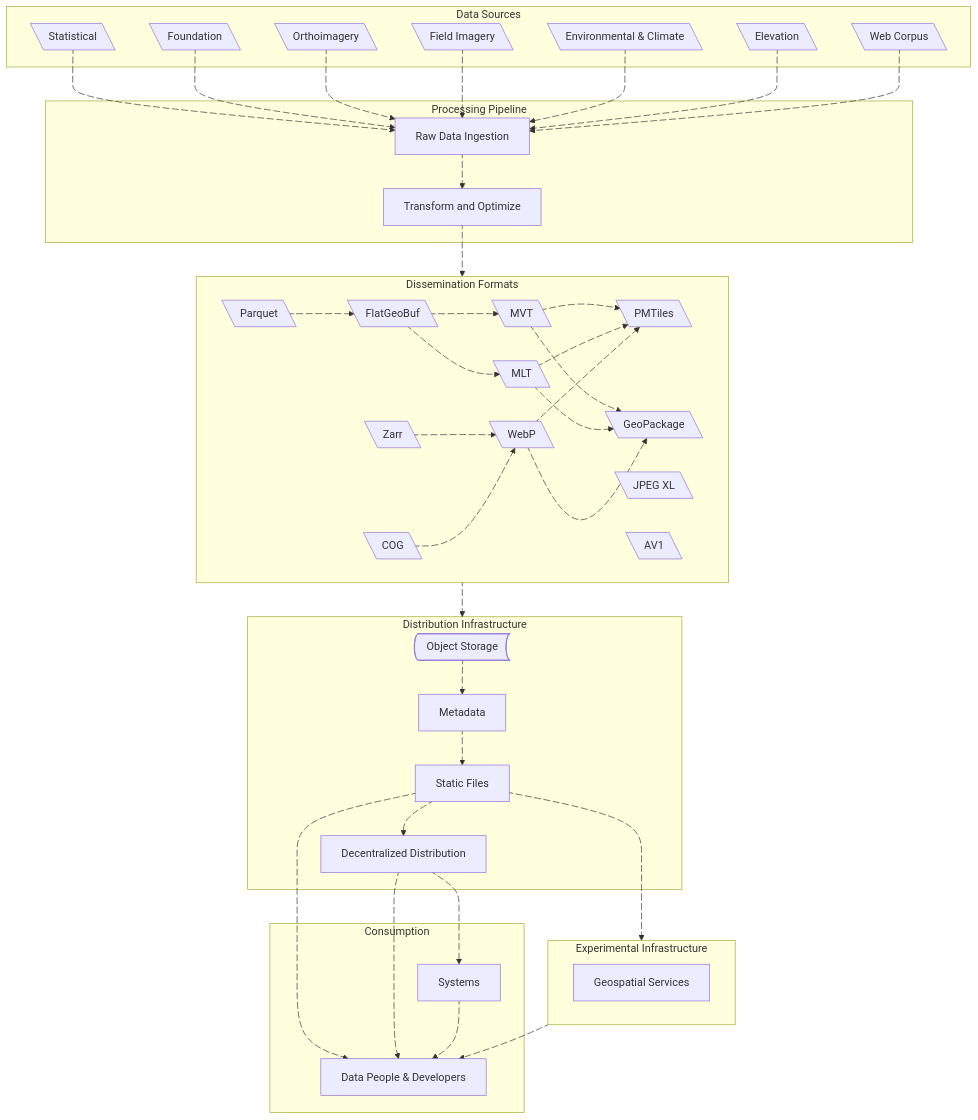
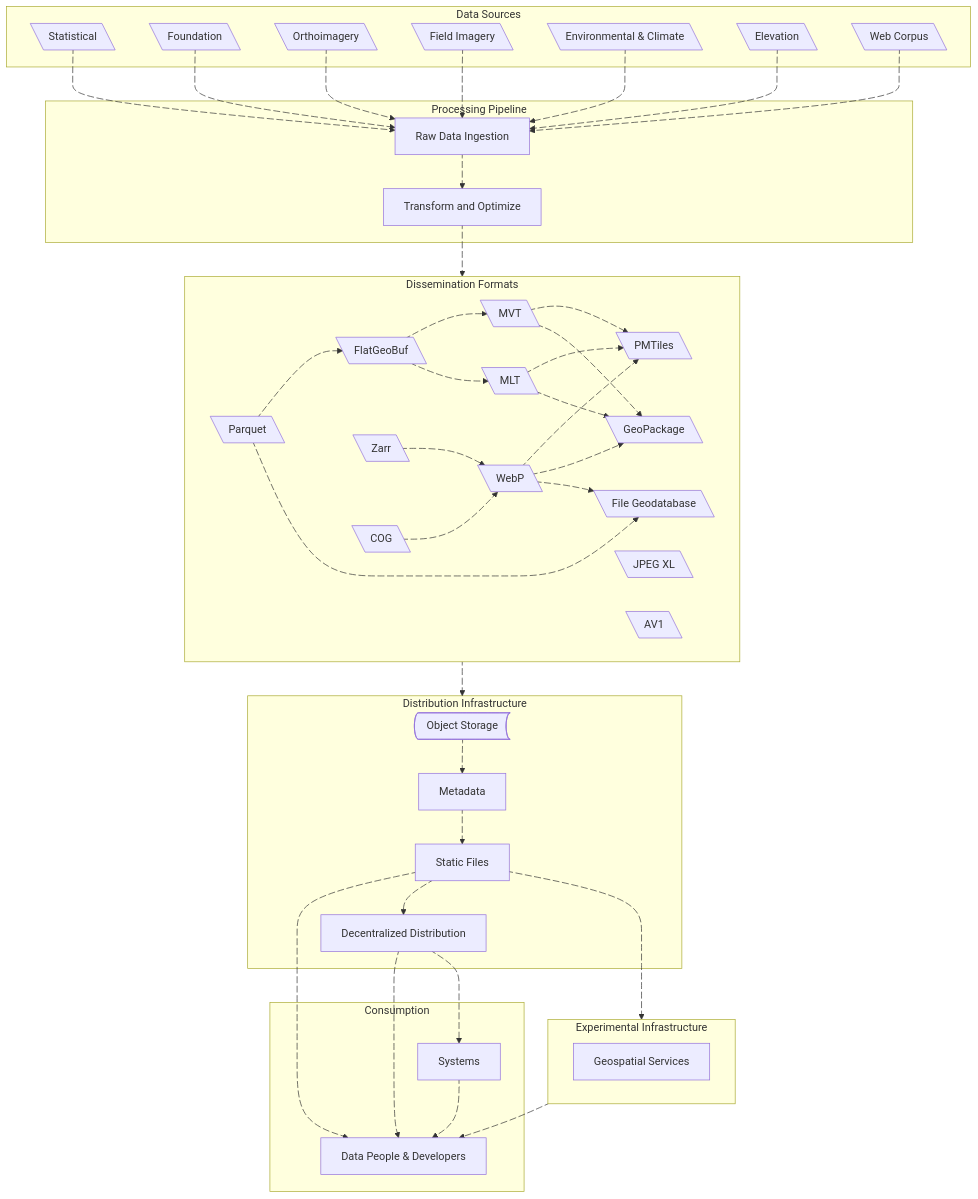
The diagram in content/_index.md (dataforcanada/www.dataforcanada.org), drawn with Mermaid before and after one commit.

Commit message:
Update dissemination formats

```diff
--- a/content/_index.md
+++ b/content/_index.md
@@ -58,6 +58,7 @@
         MLT@{ shape: lean-l}
         PMTiles@{ shape: lean-l}
         GeoPackage@{ shape: lean-l}
+        FileGeodatabase@{shape: lean-l, label: "File Geodatabase"}
         COG@{ shape: lean-l}
         Zarr@{ shape: lean-l}
         WebP@{ shape: lean-l}
@@ -107,13 +108,15 @@
     Transform a9@--> df
     a9@{animate: true, animation: slow}
     Parquet a10@--> FlatGeoBuf
-    a10@{animate: true, animation: slow}
+    a10@{animate: true, animation: fast}
+    Parquet a100@--> FileGeodatabase
+    a100@{animate: true, animation: slow}
     FlatGeoBuf a11@--> MVT
-    a11@{animate: true, animation: slow}
+    a11@{animate: true, animation: fast}
     FlatGeoBuf a91@--> MLT
-    a91@{animate: true, animation: slow}
+    a91@{animate: true, animation: fast}
     MVT a90@ --> PMTiles
-    a90@{animate: true, animation: slow}
+    a90@{animate: true, animation: fast}
     MVT a96@ --> GeoPackage
     a96@{animate: true, animation: slow}
     MLT a92@ --> PMTiles
@@ -130,6 +133,8 @@
     a93@{animate: true, animation: slow}
     WebP a94@--> GeoPackage
     a94@{animate: true, animation: slow}
+	WebP a101@--> FileGeodatabase
+    a101@{animate: true, animation: slow}
     ObjectStorage a15@--> Metadata
     a15@{animate: true, animation: slow}
     Metadata a16@--> HTTP
@@ -161,6 +166,7 @@
     click Parquet "https://github.com/apache/parquet-format/" _blank
     click FlatGeoBuf "https://flatgeobuf.org/" _blank
     click GeoPackage "https://www.geopackage.org/" _blank
+    click FileGeodatabase "https://gdal.org/en/stable/drivers/vector/openfilegdb.html" _blank
     click MVT "https://github.com/mapbox/vector-tile-spec/" _blank
     click MLT "https://github.com/maplibre/maplibre-tile-spec/" _blank
     click COG "https://cogeo.org/" _blank
```
